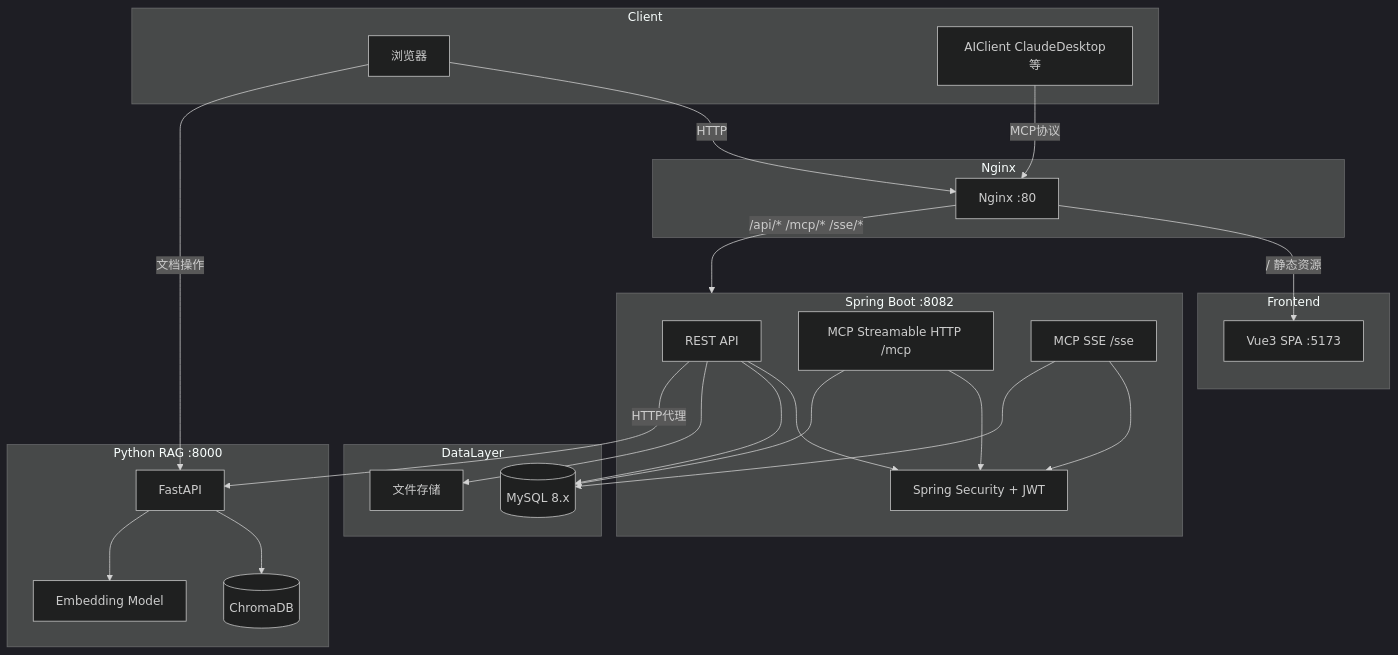
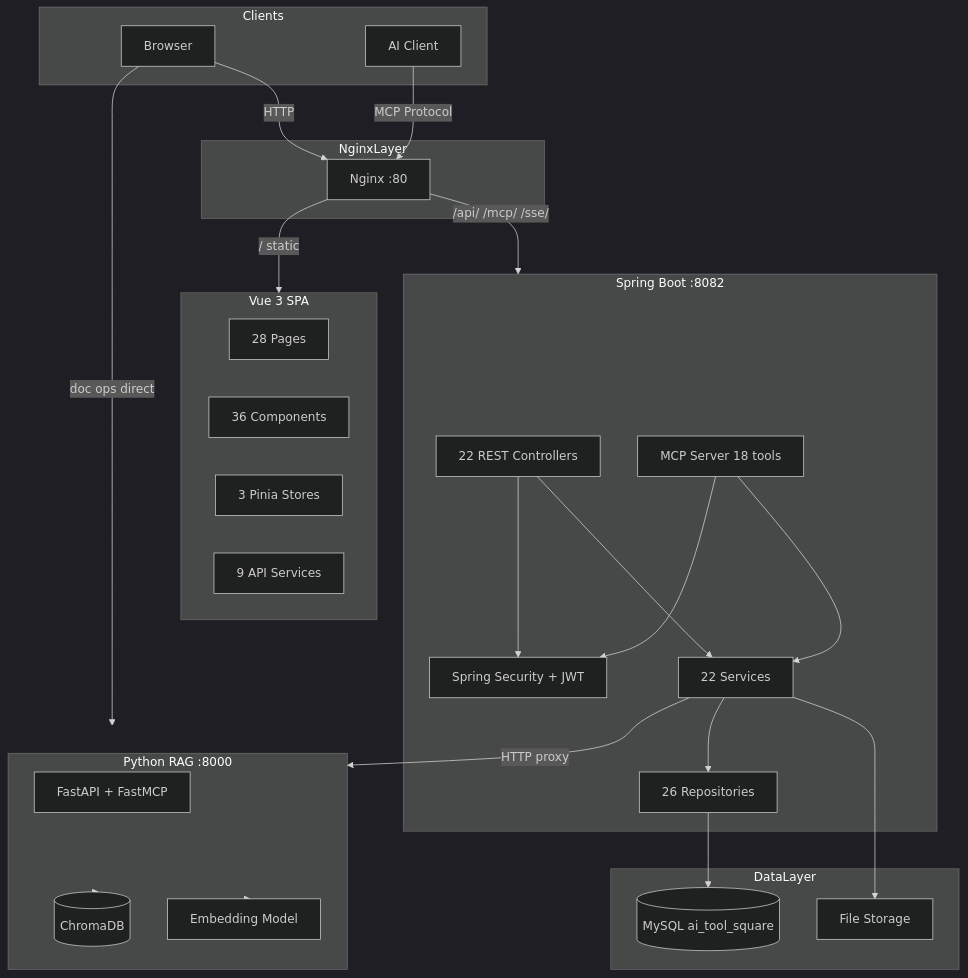
One commit to mambo-wang/CodingHub changed the first of 3 diagrams in repowiki/overview.md. Above: the diagram before and after it, drawn with Mermaid (dark theme). The commit also changed other lines of this file and 14 other files, not shown here.

````diff
--- a/repowiki/overview.md
+++ b/repowiki/overview.md
@@ -9,51 +9,55 @@
 ```mermaid
 graph TB
-    subgraph Client
-        Browser[浏览器]
-        AI[AIClient ClaudeDesktop等]
+    subgraph Clients
+        Browser[Browser]
+        AIClient[AI Client]
     end
 
-    subgraph Nginx
+    subgraph NginxLayer
         NginxProxy[Nginx :80]
     end
 
-    subgraph Frontend
-        Vue[Vue3 SPA :5173]
+    subgraph FrontendApp[Vue 3 SPA]
+        Pages[28 Pages]
+        Components[36 Components]
+        Stores[3 Pinia Stores]
+        Services[9 API Services]
     end
 
-    subgraph Backend[Spring Boot :8082]
-        REST[REST API]
-        MCPStream[MCP Streamable HTTP /mcp]
-        MCPSSE[MCP SSE /sse]
+    subgraph SpringBoot[Spring Boot :8082]
+        REST[22 REST Controllers]
+        MCPServer[MCP Server 18 tools]
         Security[Spring Security + JWT]
+        ServiceLayer[22 Services]
+        RepoLayer[26 Repositories]
     end
 
     subgraph DataLayer
-        MySQL[(MySQL 8.x)]
-        FileStore[文件存储]
+        MySQL[(MySQL ai_tool_square)]
+        FileStore[File Storage]
     end
 
-    subgraph RAG[Python RAG :8000]
-        FastAPI[FastAPI]
+    subgraph RAGService[Python RAG :8000]
+        FastAPI[FastAPI + FastMCP]
         ChromaDB[(ChromaDB)]
-        Embedding[Embedding Model]
+        EmbeddingModel[Embedding Model]
     end
 
     Browser -->|HTTP| NginxProxy
-    AI -->|MCP协议| NginxProxy
-    NginxProxy -->|/ 静态资源| Vue
-    NginxProxy -->|/api/* /mcp/* /sse/*| Backend
-    Browser -->|文档操作| FastAPI
+    AIClient -->|MCP Protocol| NginxProxy
+    NginxProxy -->|/ static| FrontendApp
+    NginxProxy -->|/api/ /mcp/ /sse/| SpringBoot
+    Browser -->|doc ops direct| RAGService
 
     REST --> Security
-    MCPStream --> Security
-    MCPSSE --> Security
-    REST --> MySQL
-    REST --> FileStore
-    MCPStream --> MySQL
-    MCPSSE --> MySQL
+    MCPServer --> Security
+    REST --> ServiceLayer
+    MCPServer --> ServiceLayer
+    ServiceLayer --> RepoLayer
+    RepoLayer --> MySQL
+    ServiceLayer --> FileStore
 
-    REST -->|HTTP代理| FastAPI
-    FastAPI --> ChromaDB
-    FastAPI --> Embedding
+    ServiceLayer -->|HTTP proxy| RAGService
+    RAGService --> ChromaDB
+    RAGService --> EmbeddingModel
 ```
````
